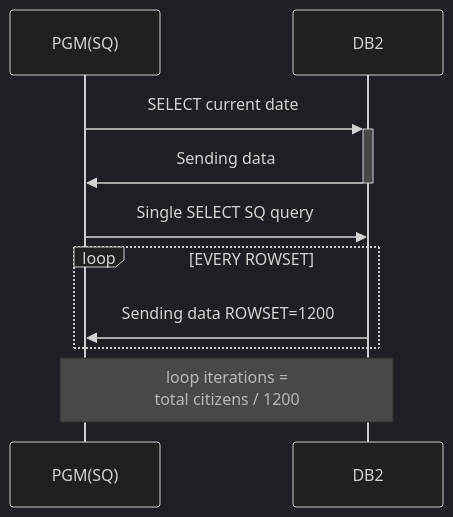
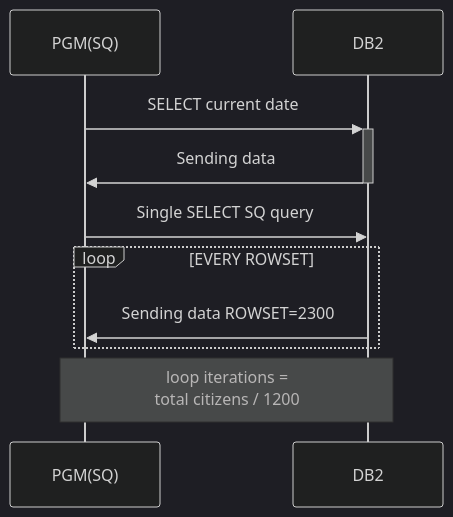
The first of 2 diagrams in README.md (pak-center/ncitizen), drawn with Mermaid (dark theme) before and after one commit. The commit also changed other lines of this file and 1 other file, not shown here.

Commit message:
cast int to smallint for sql queries, rowset inc

````diff
--- a/README.md
+++ b/README.md
@@ -59,10 +59,10 @@
 ```mermaid
 sequenceDiagram
     PGM(SQ)->>+DB2: SELECT current date
     DB2->>-PGM(SQ): Sending data
     PGM(SQ)->>DB2: Single SELECT SQ query
     loop EVERY ROWSET
-        DB2->>PGM(SQ): Sending data ROWSET=1200
+        DB2->>PGM(SQ): Sending data ROWSET=2300
     end
     Note over PGM(SQ),DB2:loop iterations = <br/> total citizens / 1200
 ```
````
